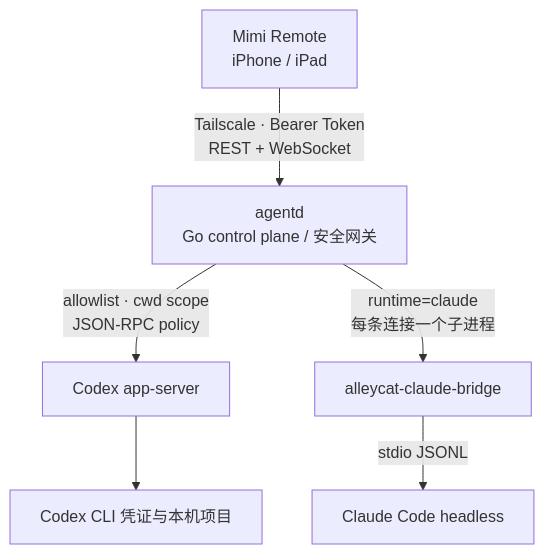
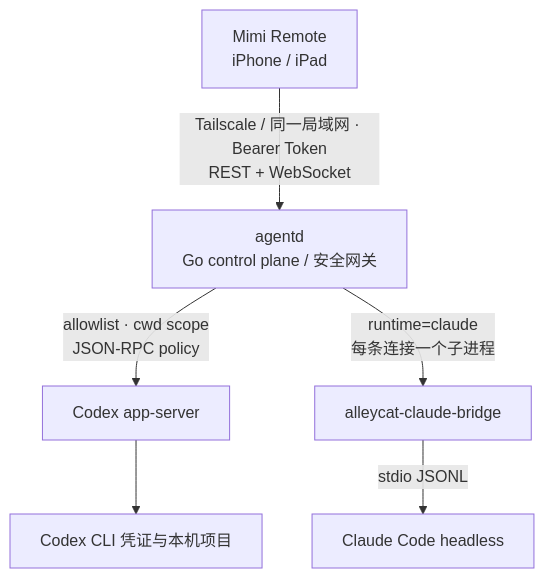
Before and after one commit to gaixianggeng/codex-ipad-agent: the diagram in README.zh-CN.md, drawn with Mermaid. The commit also changed other lines of this file and 49 other files, not shown here.

````diff
--- a/README.zh-CN.md
+++ b/README.zh-CN.md
@@ -109,8 +109,8 @@
 ```mermaid
 flowchart TD
-    A["Mimi Remote<br/>iPhone / iPad"] -->|"Tailscale · Bearer Token<br/>REST + WebSocket"| B["agentd<br/>Go control plane / 安全网关"]
+    A["Mimi Remote<br/>iPhone / iPad"] -->|"Tailscale / 同一局域网 · Bearer Token<br/>REST + WebSocket"| B["agentd<br/>Go control plane / 安全网关"]
     B -->|"allowlist · cwd scope<br/>JSON-RPC policy"| C["Codex app-server"]
     C --> D["Codex CLI 凭证与本机项目"]
     B -->|"runtime=claude<br/>每条连接一个子进程"| E["alleycat-claude-bridge"]
     E -->|"stdio JSONL"| F["Claude Code headless"]
 ```
````
